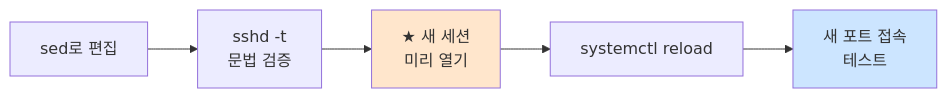
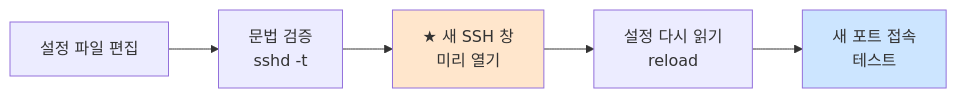
One commit to codewhite7777/codyssey_notes changed the first of 2 diagrams in codyssey_b1_1_study/sshd-config.md. Above: the diagram before and after it, drawn with Mermaid. The commit also changed other lines of this file, not shown here.

First line of the commit message:
docs(sshd-config): 더 쉬운 언어로 재작성 (일반인 접근성)

````diff
--- a/codyssey_b1_1_study/sshd-config.md
+++ b/codyssey_b1_1_study/sshd-config.md
@@ -112,10 +129,10 @@
 ```mermaid
 flowchart LR
-    A[sed로 편집] --> B[sshd -t<br/>문법 검증]
-    B --> C[★ 새 세션<br/>미리 열기]
-    C --> D[systemctl reload]
+    A[설정 파일 편집] --> B[문법 검증<br/>sshd -t]
+    B --> C[★ 새 SSH 창<br/>미리 열기]
+    C --> D[설정 다시 읽기<br/>reload]
     D --> E[새 포트 접속<br/>테스트]
 
     style C fill:#ffe6cc
     style E fill:#cce5ff
 ```
````
